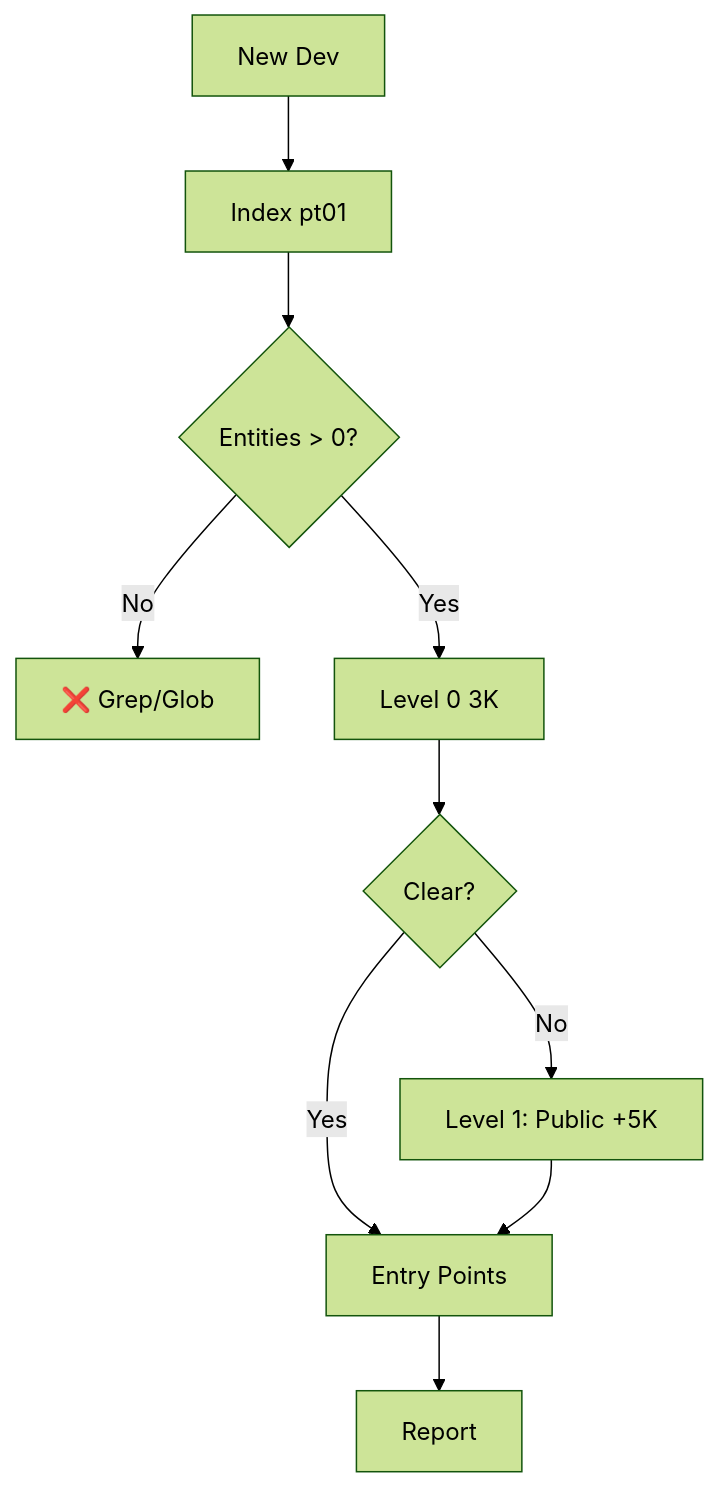
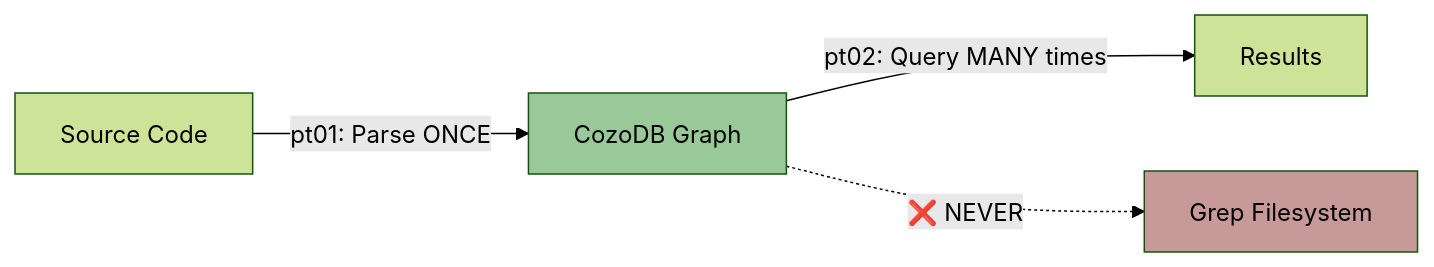
Before and after one commit to that-in-rust/parseltongue: the first of 2 diagrams in .claude/agents/parseltongue-ultrathink-isg-explorer.md, drawn with Mermaid (forest theme). The commit also changed other lines of this file and 18 other files, not shown here.

````diff
--- a/.claude/agents/parseltongue-ultrathink-isg-explorer.md
+++ b/.claude/agents/parseltongue-ultrathink-isg-explorer.md
@@ -160,11 +64,9 @@
   ```mermaid
-  flowchart TD
-      A[New Dev] --> B[Index pt01]
-      B --> C{Entities > 0?}
-      C -->|No| FAIL[❌ Grep/Glob]
-      C -->|Yes| D[Level 0 3K]
-      D --> E{Clear?}
-      E -->|No| F[Level 1: Public +5K]
-      E -->|Yes| G[Entry Points]
-      F --> G --> H[Report]
+  graph LR
+      A[Source Code] -->|pt01: Parse ONCE| B[CozoDB Graph]
+      B -->|pt02: Query MANY times| C[Results]
+      B -.->|❌ NEVER| D[Grep Filesystem]
+
+      style D fill:#C89999
+      style B fill:#99C899
   ```
````
